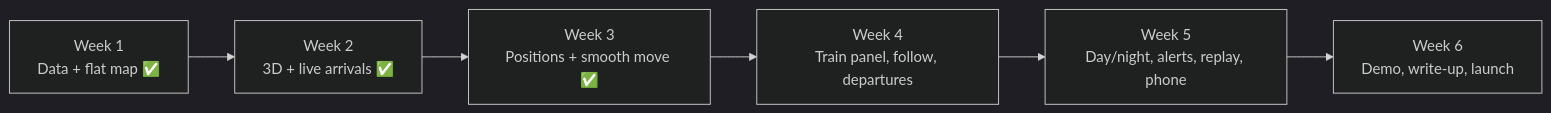
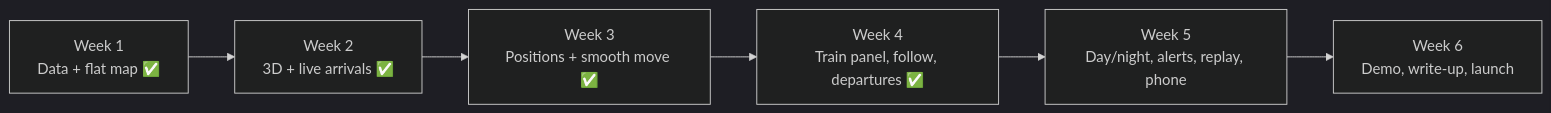
One commit to GOURAVPY/3d-UK- changed the fourth of 4 diagrams in docs/FLOWCHART.md. Above: the diagram before and after it, drawn with Mermaid (dark theme). The commit also changed 2 other files, not shown here.

Commit message:
Docs: week 4 record, plan and logic

````diff
--- a/docs/FLOWCHART.md
+++ b/docs/FLOWCHART.md
@@ -47,8 +47,8 @@
 ```mermaid
 flowchart LR
     W1[Week 1<br/>Data + flat map ✅] --> W2[Week 2<br/>3D + live arrivals ✅]
     W2 --> W3[Week 3<br/>Positions + smooth move ✅]
-    W3 --> W4[Week 4<br/>Train panel, follow, departures]
+    W3 --> W4[Week 4<br/>Train panel, follow, departures ✅]
     W4 --> W5[Week 5<br/>Day/night, alerts, replay, phone]
     W5 --> W6[Week 6<br/>Demo, write-up, launch]
 ```
````
